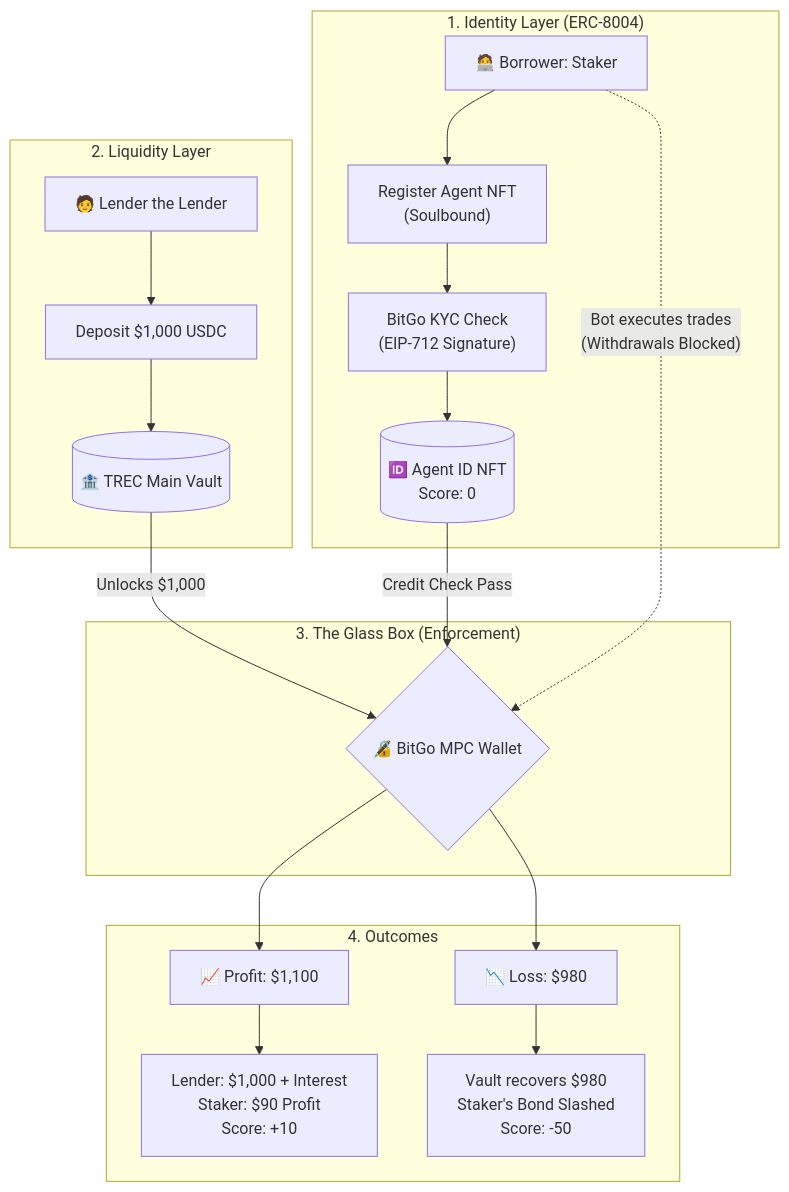
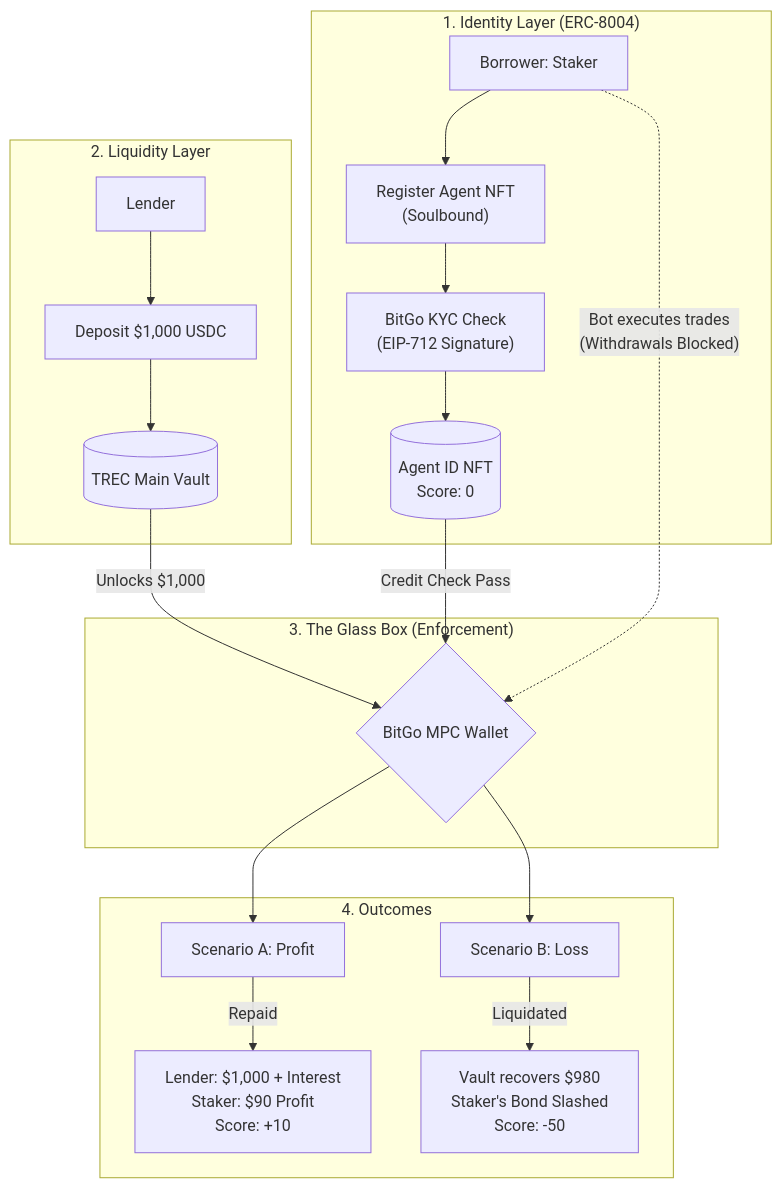
Before and after one commit to TRECC-eth/smart-contract: the diagram in README.md, drawn with Mermaid. The commit also changed other lines of this file, not shown here.

````diff
--- a/README.md
+++ b/README.md
@@ -11,28 +15,28 @@
 ```mermaid
 flowchart TD
     subgraph Identity ["1. Identity Layer (ERC-8004)"]
-        Staker[🧑‍💻 Borrower: Staker] --> Register["Register Agent NFT<br>(Soulbound)"]
+        Staker[Borrower: Staker] --> Register["Register Agent NFT<br>(Soulbound)"]
         Register --> KYC["BitGo KYC Check<br>(EIP-712 Signature)"]
-        KYC --> NFT[("🆔 Agent ID NFT<br>Score: 0")]
+        KYC --> NFT[("Agent ID NFT<br>Score: 0")]
     end
 
     subgraph Escrow ["2. Liquidity Layer"]
-        Lender[🧑 Lender the Lender] --> Deposit["Deposit $1,000 USDC"]
-        Deposit --> Vault[(🏦 TREC Main Vault)]
+        Lender[Lender] --> Deposit["Deposit $1,000 USDC"]
+        Deposit --> Vault[(TREC Main Vault)]
     end
 
     subgraph Execution ["3. The Glass Box (Enforcement)"]
-        Vault -- "Unlocks $1,000" --> GlassBox{"🔏 BitGo MPC Wallet"}
+        Vault -- "Unlocks $1,000" --> GlassBox{"BitGo MPC Wallet"}
         NFT -- "Credit Check Pass" --> GlassBox
         Staker -. "Bot executes trades<br>(Withdrawals Blocked)" .-> GlassBox
     end
 
     subgraph Settlement ["4. Outcomes"]
-        GlassBox --> Win["📈 Profit: $1,100"]
-        GlassBox --> Lose["📉 Loss: $980"]
+        GlassBox --> Win["Scenario A: Profit"]
+        GlassBox --> Lose["Scenario B: Loss"]
         
-        Win --> Payout1["Lender: $1,000 + Interest<br>Staker: $90 Profit<br>Score: +10"]
-        Lose --> Payout2["Vault recovers $980<br>Staker's Bond Slashed<br>Score: -50"]
+        Win -- "Repaid" --> Payout1["Lender: $1,000 + Interest<br>Staker: $90 Profit<br>Score: +10"]
+        Lose -- "Liquidated" --> Payout2["Vault recovers $980<br>Staker's Bond Slashed<br>Score: -50"]
     end
 
 ```
````
